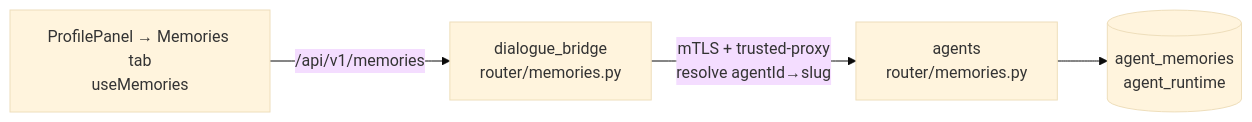
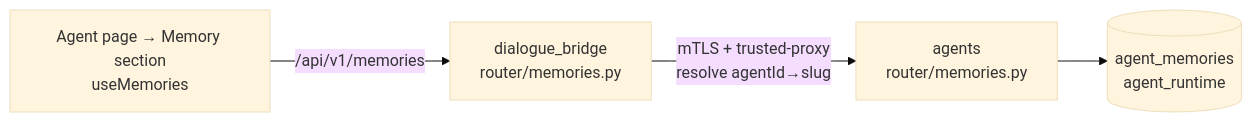
One commit to konstantinosmpouros/mAgenticX changed the second of 2 diagrams in docs/flows/agent-memory.md. Above: the diagram before and after it, drawn with Mermaid (base theme). The commit also changed other lines of this file and 26 other files, not shown here.

````diff
--- a/docs/flows/agent-memory.md
+++ b/docs/flows/agent-memory.md
@@ -166,6 +166,6 @@
 ```mermaid
 flowchart LR
-    UI[ProfilePanel → Memories tab<br/>useMemories] -->|/api/v1/memories| BR[dialogue_bridge<br/>router/memories.py]
+    UI[Agent page → Memory section<br/>useMemories] -->|/api/v1/memories| BR[dialogue_bridge<br/>router/memories.py]
     BR -->|mTLS + trusted-proxy<br/>resolve agentId→slug| AG[agents<br/>router/memories.py]
     AG --> ST[(agent_memories<br/>agent_runtime)]
 ```
````
